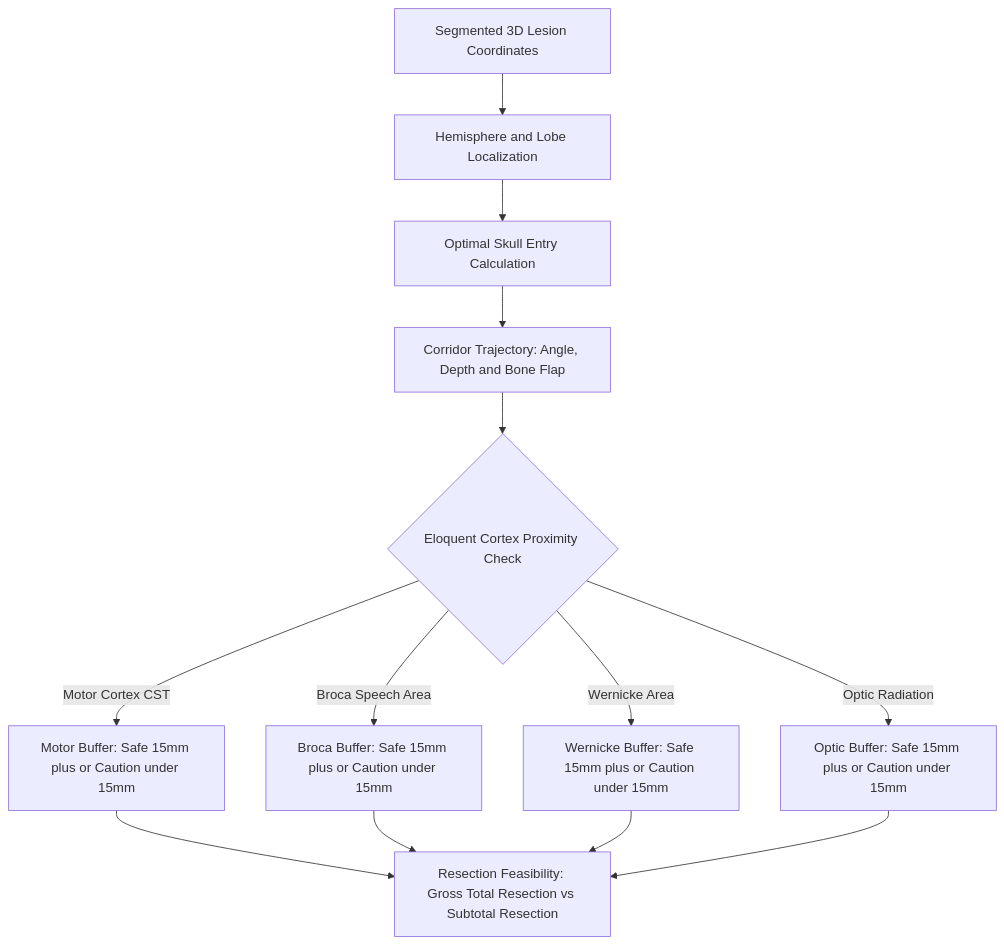
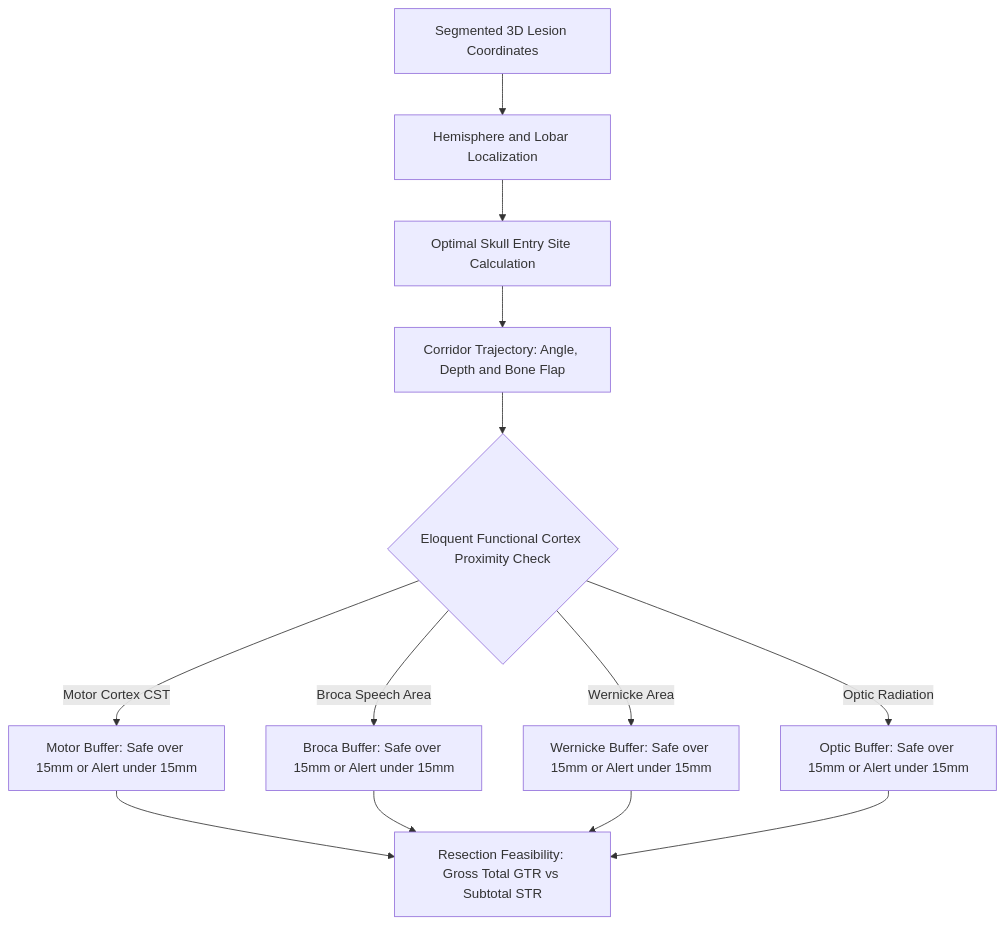
One commit to kailash6207/Brain_Tumor changed the fifth of 6 diagrams in README.md. Above: the diagram before and after it, drawn with Mermaid. The commit also changed other lines of this file, not shown here.

Commit message:
docs: overhaul and tune README with visual showcase, 6 Mermaid diagrams, 8-suite breakdown, and mathematical formulations

````diff
--- a/README.md
+++ b/README.md
@@ -135,15 +249,15 @@
 ```mermaid
 flowchart TD
-    LESION[Segmented 3D Lesion Coordinates] --> ANAT[Hemisphere and Lobe Localization]
-    ANAT --> ENTRY[Optimal Skull Entry Calculation]
+    LESION[Segmented 3D Lesion Coordinates] --> ANAT[Hemisphere and Lobar Localization]
+    ANAT --> ENTRY[Optimal Skull Entry Site Calculation]
     ENTRY --> TRAJ[Corridor Trajectory: Angle, Depth and Bone Flap]
-    TRAJ --> ELOQUENT{Eloquent Cortex Proximity Check}
-    ELOQUENT -->|Motor Cortex CST| DIST_M[Motor Buffer: Safe 15mm plus or Caution under 15mm]
-    ELOQUENT -->|Broca Speech Area| DIST_B[Broca Buffer: Safe 15mm plus or Caution under 15mm]
-    ELOQUENT -->|Wernicke Area| DIST_W[Wernicke Buffer: Safe 15mm plus or Caution under 15mm]
-    ELOQUENT -->|Optic Radiation| DIST_O[Optic Buffer: Safe 15mm plus or Caution under 15mm]
-    DIST_M --> RESECTION[Resection Feasibility: Gross Total Resection vs Subtotal Resection]
+    TRAJ --> ELOQUENT{Eloquent Functional Cortex Proximity Check}
+    ELOQUENT -->|Motor Cortex CST| DIST_M[Motor Buffer: Safe over 15mm or Alert under 15mm]
+    ELOQUENT -->|Broca Speech Area| DIST_B[Broca Buffer: Safe over 15mm or Alert under 15mm]
+    ELOQUENT -->|Wernicke Area| DIST_W[Wernicke Buffer: Safe over 15mm or Alert under 15mm]
+    ELOQUENT -->|Optic Radiation| DIST_O[Optic Buffer: Safe over 15mm or Alert under 15mm]
+    DIST_M --> RESECTION[Resection Feasibility: Gross Total GTR vs Subtotal STR]
     DIST_B --> RESECTION
     DIST_W --> RESECTION
     DIST_O --> RESECTION
 ```
````
